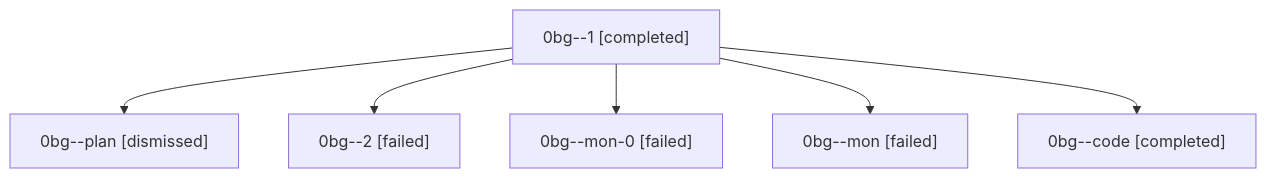
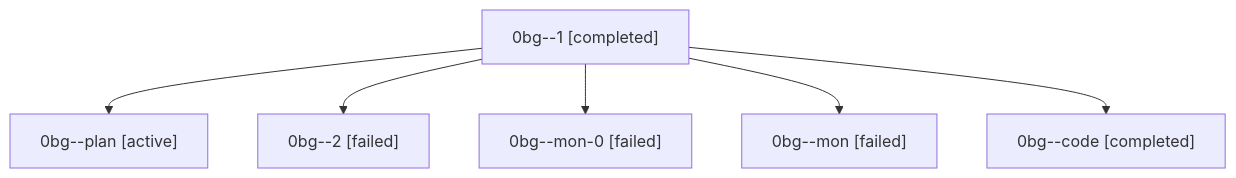
One commit to sase-org/sase--agents changed the diagram in families/bbugyi200.athena.0bg.md. Above: the diagram before and after it, drawn with Mermaid. The commit also changed other lines of this file and 35830 other files, not shown here.

````diff
--- a/families/bbugyi200.athena.0bg.md
+++ b/families/bbugyi200.athena.0bg.md
@@ -9,14 +9,14 @@
 ```mermaid
 flowchart TD
   n0["0bg--1 [completed]"]
-  n1["0bg--plan [dismissed]"]
+  n1["0bg--plan [active]"]
   n0 --> n1
   n2["0bg--2 [failed]"]
   n0 --> n2
   n3["0bg--mon-0 [failed]"]
   n0 --> n3
   n4["0bg--mon [failed]"]
   n0 --> n4
   n5["0bg--code [completed]"]
   n0 --> n5
 ```
````
